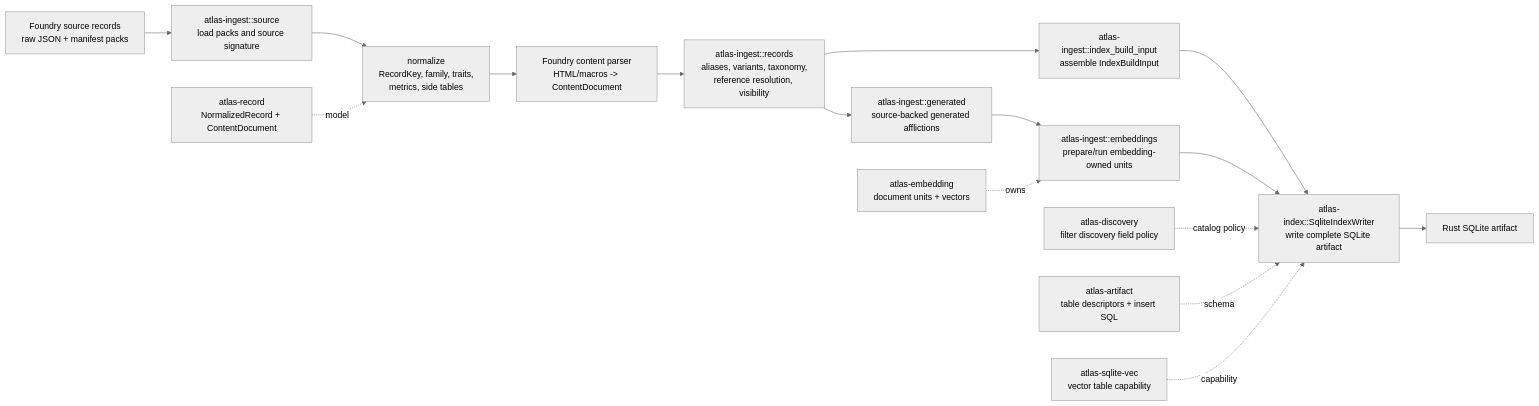
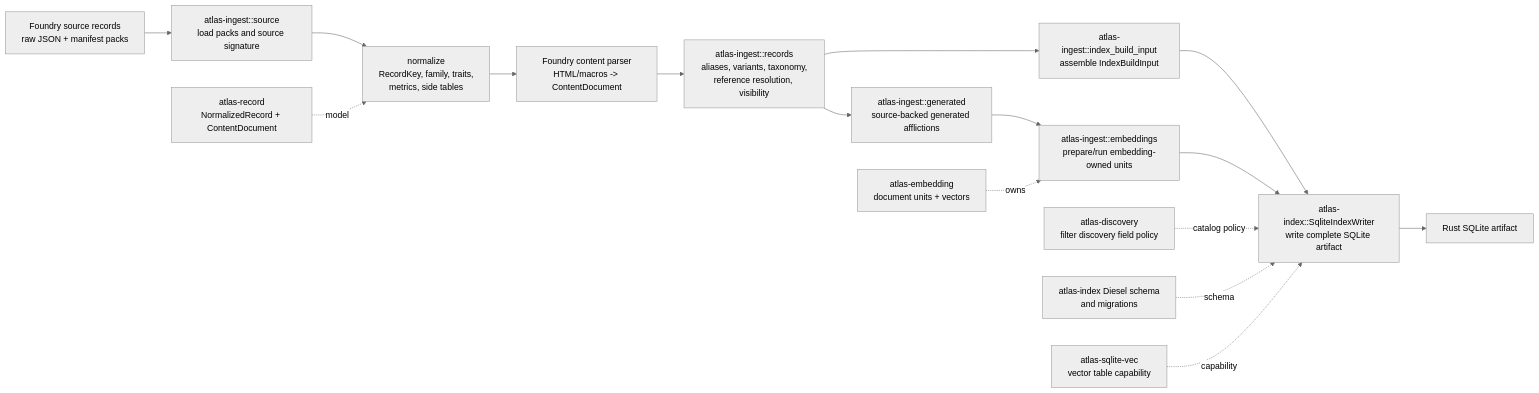
Before and after one commit to e-kosten/pf2e-atlas: the second of 4 diagrams in docs/architecture/runtime.md, drawn with Mermaid (neutral theme). The commit also changed other lines of this file and 128 other files, not shown here.

Commit message:
refactor: migrate artifact storage to diesel

````diff
--- a/docs/architecture/runtime.md
+++ b/docs/architecture/runtime.md
@@ -64,19 +62,19 @@
 ```mermaid
 flowchart LR
     raw["Foundry source records<br/>raw JSON + manifest packs"] --> load["atlas-ingest::source<br/>load packs and source signature"]
     load --> normalize["normalize<br/>RecordKey, family, traits,<br/>metrics, side tables"]
     normalize --> content["Foundry content parser<br/>HTML/macros -> ContentDocument"]
     content --> enrich["atlas-ingest::records<br/>aliases, variants, taxonomy,<br/>reference resolution, visibility"]
     enrich --> generated["atlas-ingest::generated<br/>source-backed generated afflictions"]
     generated --> embedPrep["atlas-ingest::embeddings<br/>prepare/run embedding-owned units"]
     enrich --> buildInput["atlas-ingest::index_build_input<br/>assemble IndexBuildInput"]
     buildInput --> writer["atlas-index::SqliteIndexWriter<br/>write complete SQLite artifact"]
     embedPrep --> writer
     writer --> sqlite["Rust SQLite artifact"]
 
     record["atlas-record<br/>NormalizedRecord + ContentDocument"] -. model .-> normalize
     discovery["atlas-discovery<br/>filter discovery field policy"] -. catalog policy .-> writer
-    artifact["atlas-artifact<br/>table descriptors + insert SQL"] -. schema .-> writer
+    artifactSchema["atlas-index Diesel schema<br/>and migrations"] -. schema .-> writer
     embedding["atlas-embedding<br/>document units + vectors"] -. owns .-> embedPrep
     sqliteVec["atlas-sqlite-vec<br/>vector table capability"] -. capability .-> writer
 ```
````
